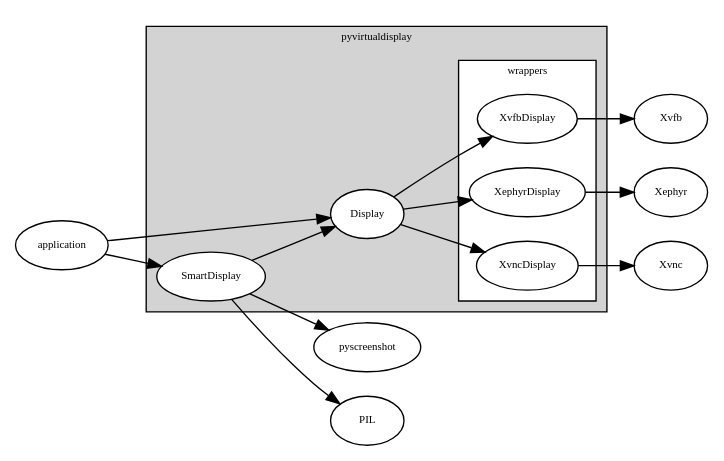
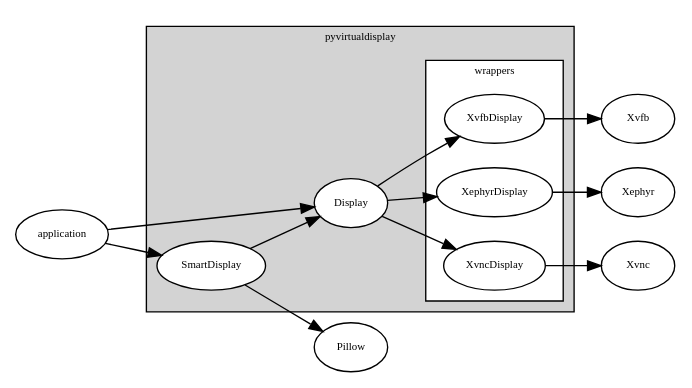
The diagram in doc/hierarchy.dot (ponty/PyVirtualDisplay), drawn with Graphviz before and after one commit. The commit also changed 8 other files, not shown here.

```diff
--- a/doc/hierarchy.dot
+++ b/doc/hierarchy.dot
@@ -1,33 +1,32 @@
 digraph G {
     rankdir=LR;
     node [fontsize=8,style=filled, fillcolor=white];
     fontsize=8;
 
     subgraph cluster_0 {
         label = "pyvirtualdisplay";
         style=filled;
         subgraph cluster_2 {
             style=filled;
             fillcolor=white;
             label = "wrappers";
 
             XvfbDisplay;
             XephyrDisplay;
             XvncDisplay;
         }
         Display -> XvfbDisplay;
         Display -> XephyrDisplay;
         Display -> XvncDisplay;
         SmartDisplay -> Display
     }
     XvfbDisplay -> Xvfb;
     XephyrDisplay -> Xephyr;
     XvncDisplay -> Xvnc;
 
     application -> Display;
     application -> SmartDisplay;
 
-	SmartDisplay -> pyscreenshot;
-	SmartDisplay -> PIL;
+	SmartDisplay -> Pillow;
 	
 }
```
